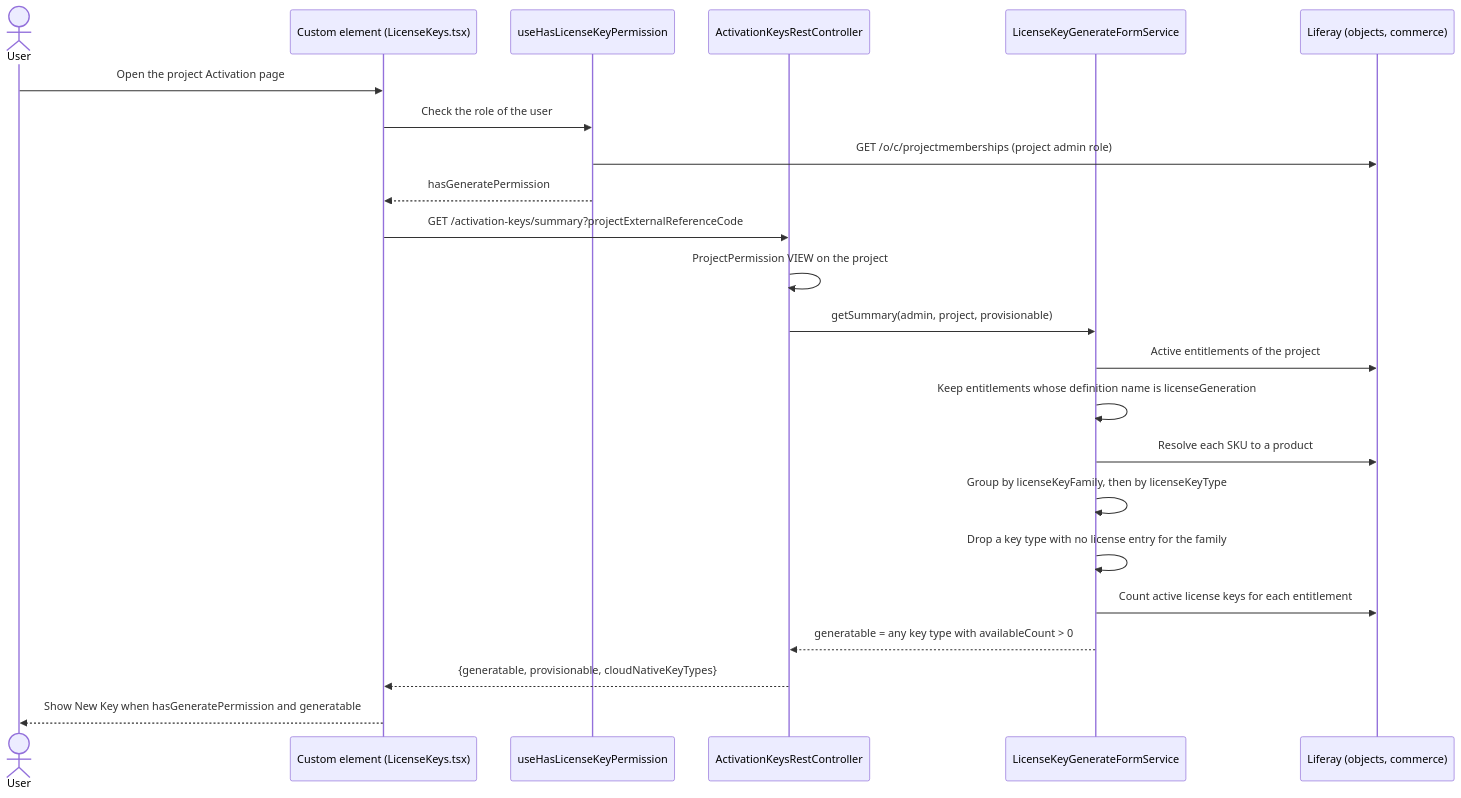
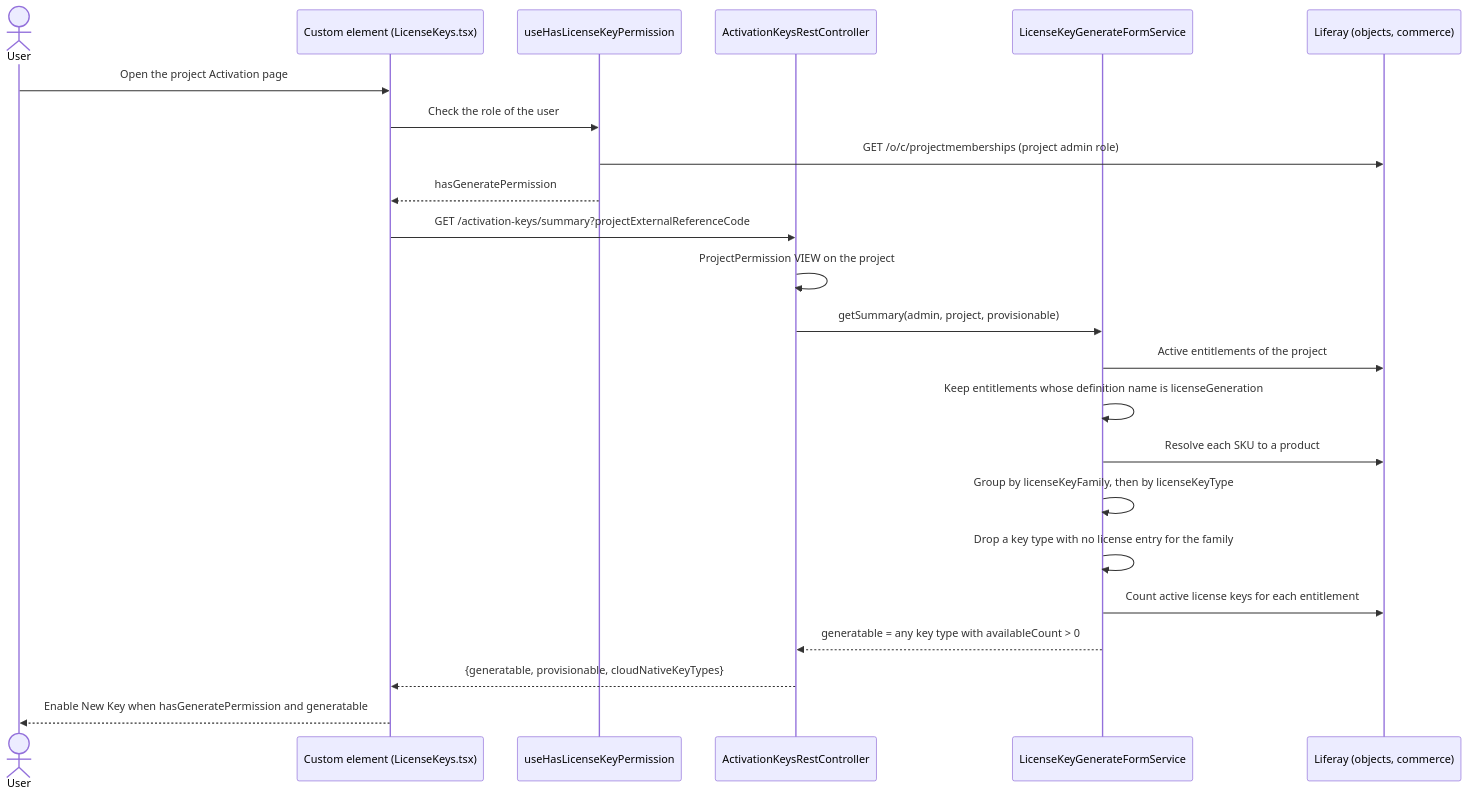
One commit to abfranca/liferay-portal changed the first of 7 diagrams in workspaces/liferay-one-workspace/specs/technical/licensing.md. Above: the diagram before and after it, drawn with Mermaid. The commit also changed 5 other files, not shown here.

````diff
--- a/workspaces/liferay-one-workspace/specs/technical/licensing.md
+++ b/workspaces/liferay-one-workspace/specs/technical/licensing.md
@@ -91,26 +91,26 @@
 ```mermaid
 sequenceDiagram
     actor User
     participant CE as Custom element (LicenseKeys.tsx)
     participant Hook as useHasLicenseKeyPermission
     participant SB as ActivationKeysRestController
     participant Form as LicenseKeyGenerateFormService
     participant DXP as Liferay (objects, commerce)
 
     User->>CE: Open the project Activation page
     CE->>Hook: Check the role of the user
     Hook->>DXP: GET /o/c/projectmemberships (project admin role)
     Hook-->>CE: hasGeneratePermission
     CE->>SB: GET /activation-keys/summary?projectExternalReferenceCode
     SB->>SB: ProjectPermission VIEW on the project
     SB->>Form: getSummary(admin, project, provisionable)
     Form->>DXP: Active entitlements of the project
     Form->>Form: Keep entitlements whose definition name is licenseGeneration
     Form->>DXP: Resolve each SKU to a product
     Form->>Form: Group by licenseKeyFamily, then by licenseKeyType
     Form->>Form: Drop a key type with no license entry for the family
     Form->>DXP: Count active license keys for each entitlement
     Form-->>SB: generatable = any key type with availableCount > 0
     SB-->>CE: {generatable, provisionable, cloudNativeKeyTypes}
-    CE-->>User: Show New Key when hasGeneratePermission and generatable
+    CE-->>User: Enable New Key when hasGeneratePermission and generatable
 ```
````
